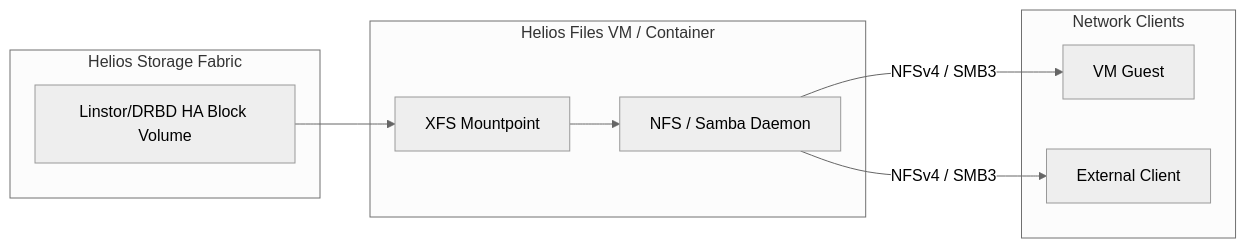
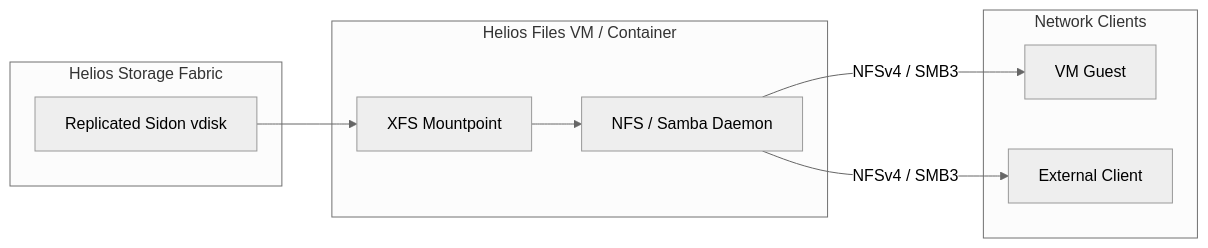
Before and after one commit to AuroraRyunix/Helios-HCI: the second of 4 diagrams in docs/add_ons_design.md, drawn with Mermaid (neutral theme). The commit also changed other lines of this file and 19 other files, not shown here.

````diff
--- a/docs/add_ons_design.md
+++ b/docs/add_ons_design.md
@@ -49,18 +49,18 @@
 ```mermaid
 graph LR
     subgraph Storage ["Helios Storage Fabric"]
-        DRBD["Linstor/DRBD HA Block Volume"]
+        Sidon["Replicated Sidon vdisk"]
     end
     subgraph VM ["Helios Files VM / Container"]
         Mount["XFS Mountpoint"]
         Exp["NFS / Samba Daemon"]
     end
     subgraph Clients ["Network Clients"]
         C1["VM Guest"]
         C2["External Client"]
     end
-    DRBD --> Mount
+    Sidon --> Mount
     Mount --> Exp
     Exp -- NFSv4 / SMB3 --> C1
     Exp -- NFSv4 / SMB3 --> C2
 ```
````
